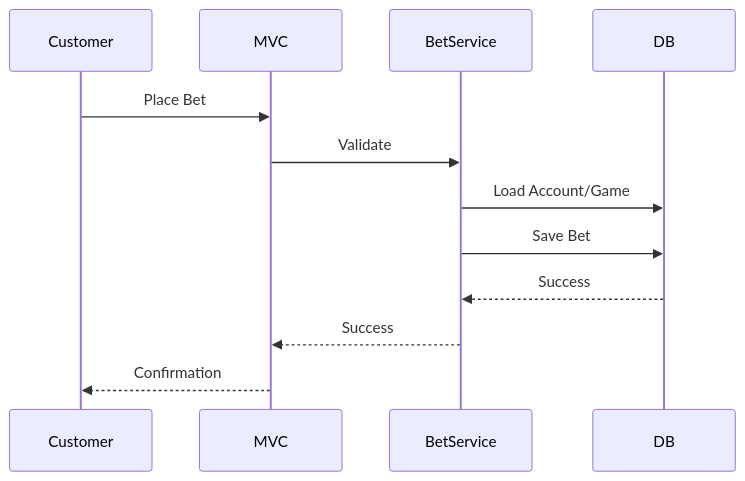
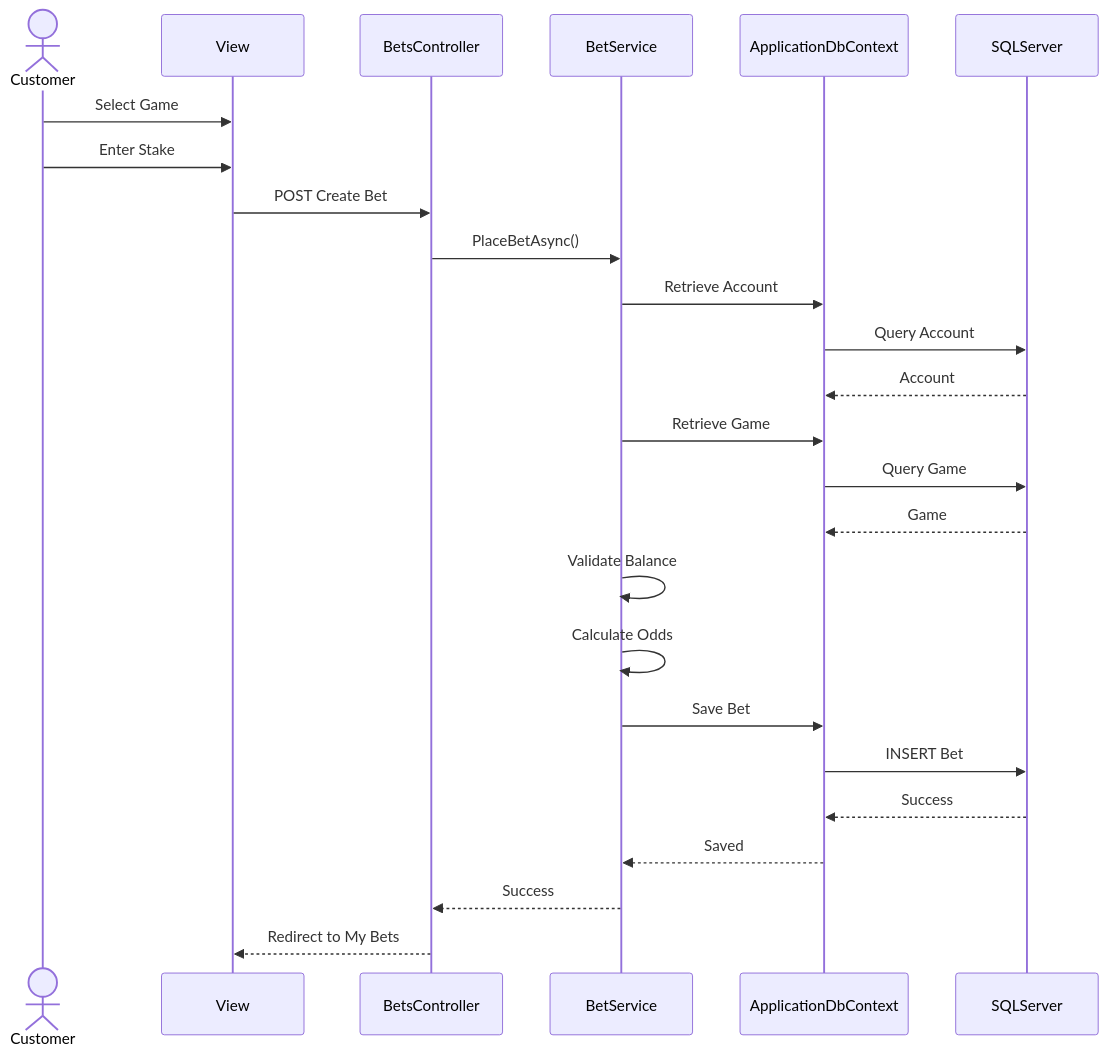
One commit to KL-Mdanjelwa/SpinaBets changed the fifth of 6 diagrams in SpinaBets_Full_Documentation.md. Above: the diagram before and after it, drawn with Mermaid. The commit also changed other lines of this file, not shown here.

````diff
--- a/SpinaBets_Full_Documentation.md
+++ b/SpinaBets_Full_Documentation.md
@@ -104,10 +308,51 @@
 ```mermaid
 sequenceDiagram
-Customer->>MVC: Place Bet
-MVC->>BetService: Validate
-BetService->>DB: Load Account/Game
-BetService->>DB: Save Bet
-DB-->>BetService: Success
-BetService-->>MVC: Success
-MVC-->>Customer: Confirmation
+
+actor Customer
+
+participant View
+
+participant BetsController
+
+participant BetService
+
+participant ApplicationDbContext
+
+participant SQLServer
+
+Customer->>View: Select Game
+
+Customer->>View: Enter Stake
+
+View->>BetsController: POST Create Bet
+
+BetsController->>BetService: PlaceBetAsync()
+
+BetService->>ApplicationDbContext: Retrieve Account
+
+ApplicationDbContext->>SQLServer: Query Account
+
+SQLServer-->>ApplicationDbContext: Account
+
+BetService->>ApplicationDbContext: Retrieve Game
+
+ApplicationDbContext->>SQLServer: Query Game
+
+SQLServer-->>ApplicationDbContext: Game
+
+BetService->>BetService: Validate Balance
+
+BetService->>BetService: Calculate Odds
+
+BetService->>ApplicationDbContext: Save Bet
+
+ApplicationDbContext->>SQLServer: INSERT Bet
+
+SQLServer-->>ApplicationDbContext: Success
+
+ApplicationDbContext-->>BetService: Saved
+
+BetService-->>BetsController: Success
+
+BetsController-->>View: Redirect to My Bets
 ```
````
